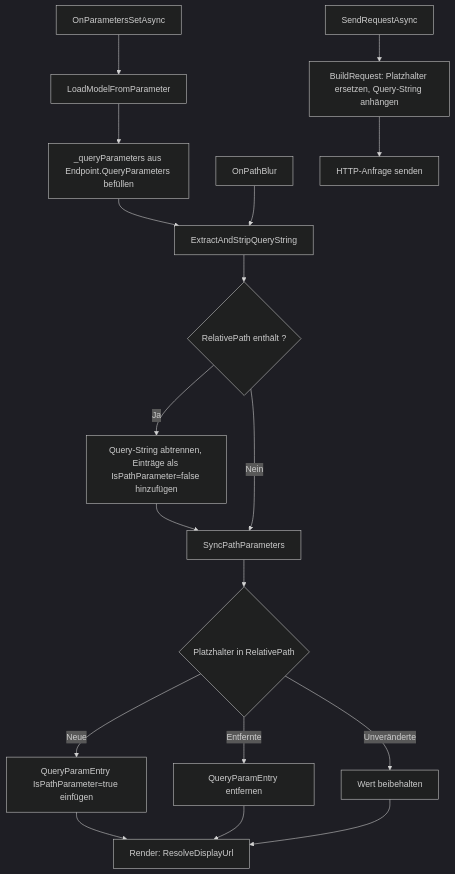
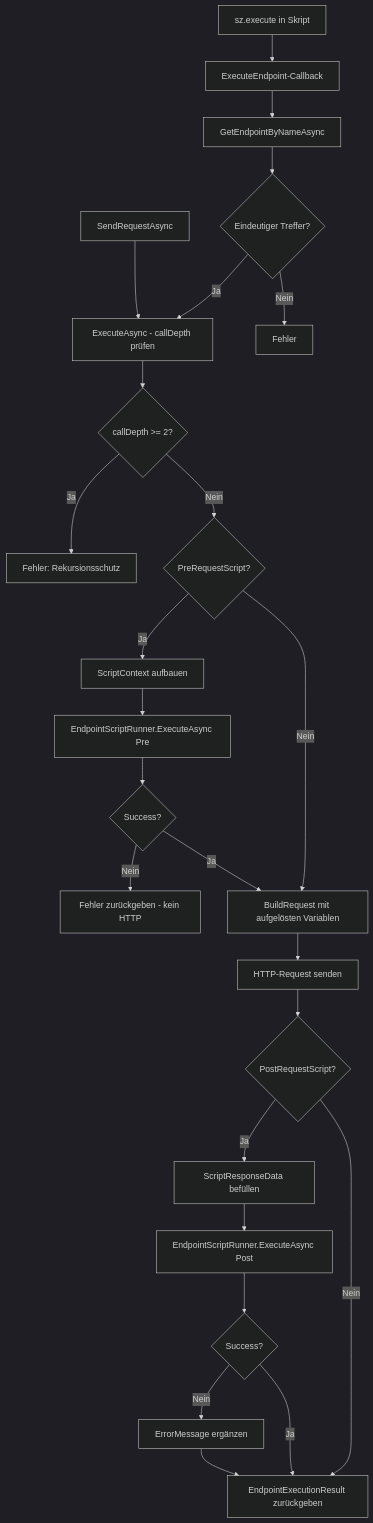
Before and after one commit to martin-stromberg/Schnittstellenzentrale: the diagram in docs/help/endpunkte/ablauf-technisch.md, drawn with Mermaid (dark theme). The commit also changed other lines of this file and 30 other files, not shown here.

Commit message:
feat: Pre/Post-Request-Skripte mit sz-API für Endpunkte

````diff
--- a/docs/help/endpunkte/ablauf-technisch.md
+++ b/docs/help/endpunkte/ablauf-technisch.md
@@ -124,21 +168,28 @@
 ```mermaid
 flowchart TD
-    A[OnParametersSetAsync] --> B[LoadModelFromParameter]
-    B --> C[_queryParameters aus Endpoint.QueryParameters befüllen]
-    C --> D[ExtractAndStripQueryString]
-    D --> E{RelativePath enthält ?}
-    E -- Ja --> F[Query-String abtrennen, Einträge als IsPathParameter=false hinzufügen]
-    F --> G[SyncPathParameters]
-    E -- Nein --> G
-    G --> H{Platzhalter in RelativePath}
-    H -- Neue --> I[QueryParamEntry IsPathParameter=true einfügen]
-    H -- Entfernte --> J[QueryParamEntry entfernen]
-    H -- Unveränderte --> K[Wert beibehalten]
-    I --> L[Render: ResolveDisplayUrl]
-    J --> L
-    K --> L
+    A[SendRequestAsync] --> B[ExecuteAsync - callDepth prüfen]
+    B --> C{callDepth >= 2?}
+    C -- Ja --> D[Fehler: Rekursionsschutz]
+    C -- Nein --> E{PreRequestScript?}
+    E -- Ja --> F[ScriptContext aufbauen]
+    F --> G[EndpointScriptRunner.ExecuteAsync Pre]
+    G --> H{Success?}
+    H -- Nein --> I[Fehler zurückgeben - kein HTTP]
+    H -- Ja --> J[BuildRequest mit aufgelösten Variablen]
+    E -- Nein --> J
+    J --> K[HTTP-Request senden]
+    K --> L{PostRequestScript?}
+    L -- Ja --> M[ScriptResponseData befüllen]
+    M --> N[EndpointScriptRunner.ExecuteAsync Post]
+    N --> O{Success?}
+    O -- Nein --> P[ErrorMessage ergänzen]
+    P --> Q[EndpointExecutionResult zurückgeben]
+    O -- Ja --> Q
+    L -- Nein --> Q
 
-    M[OnPathBlur] --> D
-    N[SendRequestAsync] --> O[BuildRequest: Platzhalter ersetzen, Query-String anhängen]
-    O --> P[HTTP-Anfrage senden]
+    G2[sz.execute in Skript] --> R[ExecuteEndpoint-Callback]
+    R --> S[GetEndpointByNameAsync]
+    S --> T{Eindeutiger Treffer?}
+    T -- Nein --> U[Fehler]
+    T -- Ja --> B
 ```
````
